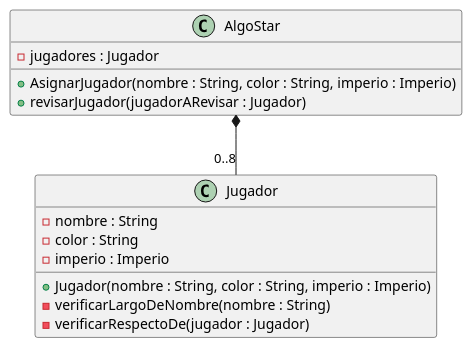
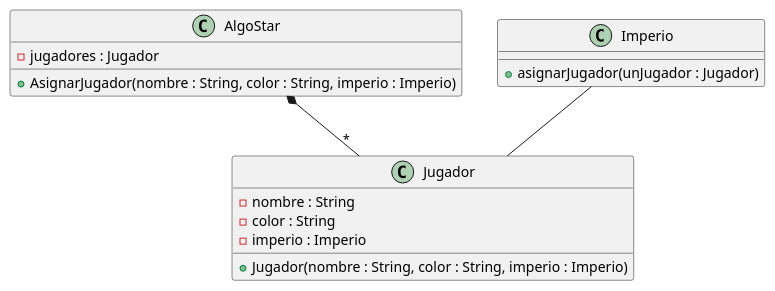
The diagram in diagrams/classes/AlgoStar.puml (gabrielzitelli/Algo3_TP2_AlgoStar), drawn with PlantUML before and after one commit. The commit also changed 3 other files, not shown here.

```diff
--- a/diagrams/classes/AlgoStar.puml
+++ b/diagrams/classes/AlgoStar.puml
@@ -1,23 +1,25 @@
 @startuml
 
 class AlgoStar {
     - jugadores : Jugador
 
     + AsignarJugador(nombre : String, color : String, imperio : Imperio)
-    + revisarJugador(jugadorARevisar : Jugador)
 }
 
 class Jugador {
     - nombre : String
     - color : String
     - imperio : Imperio
 
     + Jugador(nombre : String, color : String, imperio : Imperio)
-    - verificarLargoDeNombre(nombre : String)
-    - verificarRespectoDe(jugador : Jugador)
-
 }
 
-AlgoStar *-- "0..8" Jugador
+class Imperio {
+
+    + asignarJugador(unJugador : Jugador)
+}
+
+AlgoStar *-- "*" Jugador
+Imperio -- Jugador
 
 @enduml
```
